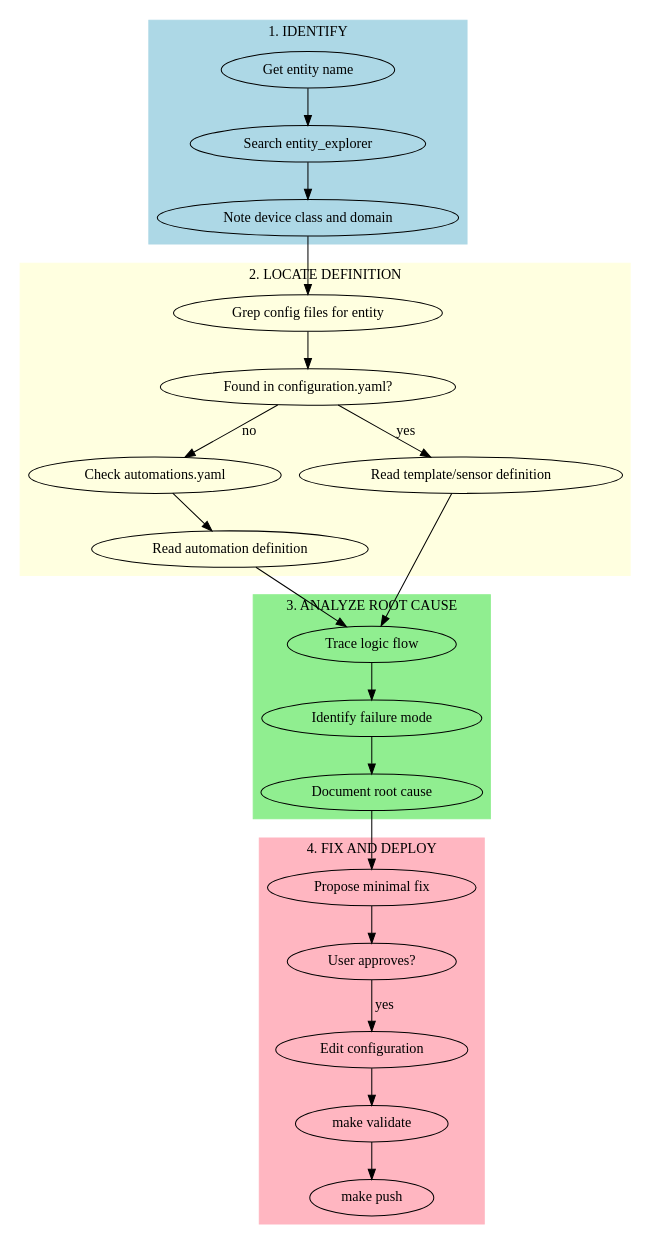
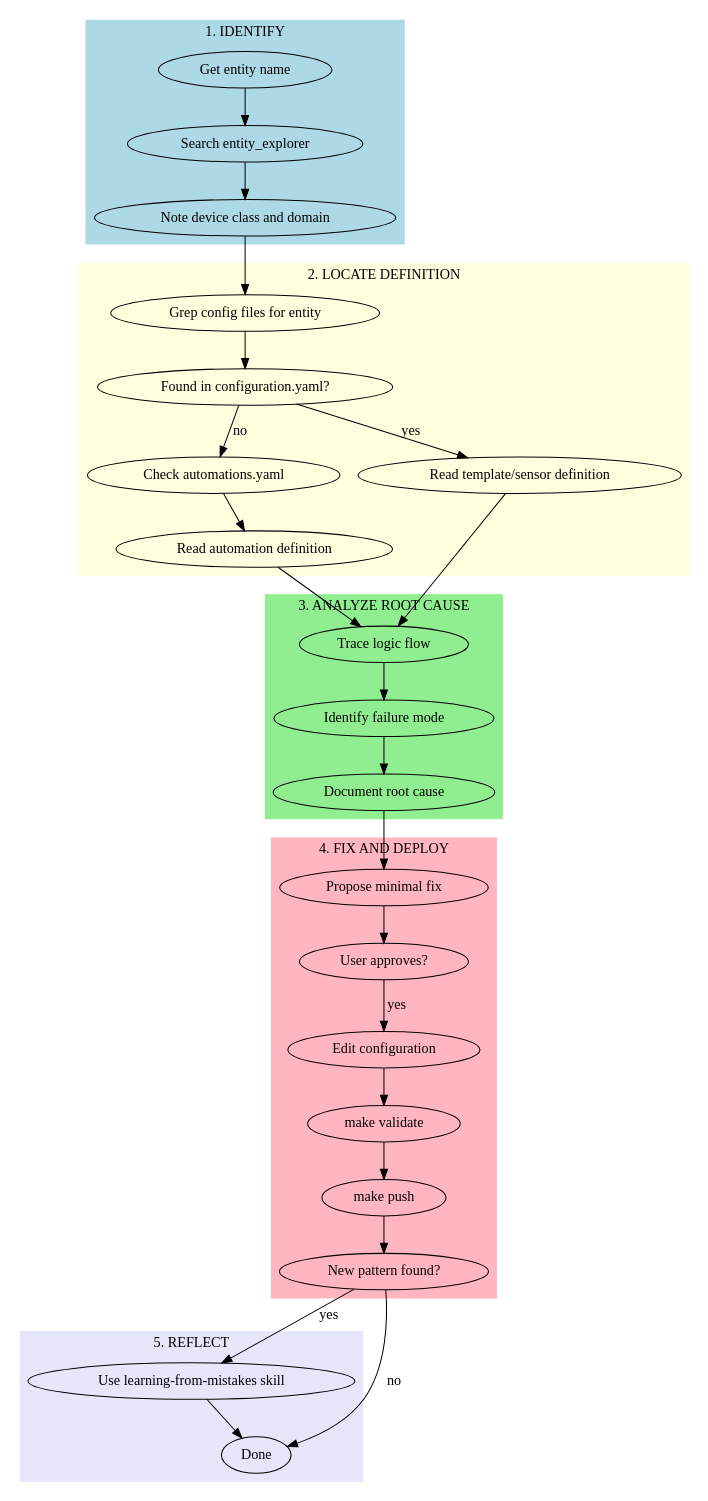
The diagram in .claude-code/plugins/home-assistant/skills/home-assistant-debugging/SKILL.md (stephenwong/ai-homeassistant), drawn with Graphviz before and after one commit. The commit also changed other lines of this file and 3 other files, not shown here.

````diff
--- a/.claude-code/plugins/home-assistant/skills/home-assistant-debugging/SKILL.md
+++ b/.claude-code/plugins/home-assistant/skills/home-assistant-debugging/SKILL.md
@@ -41,45 +38,55 @@
 ```dot
 digraph debug_flow {
     rankdir=TB;
 
     subgraph cluster_identify {
         label="1. IDENTIFY";
         style=filled;
         color=lightblue;
         "Get entity name" -> "Search entity_explorer";
         "Search entity_explorer" -> "Note device class and domain";
     }
 
     subgraph cluster_locate {
         label="2. LOCATE DEFINITION";
         style=filled;
         color=lightyellow;
         "Note device class and domain" -> "Grep config files for entity";
         "Grep config files for entity" -> "Found in configuration.yaml?" [shape=diamond];
         "Found in configuration.yaml?" -> "Read template/sensor definition" [label="yes"];
         "Found in configuration.yaml?" -> "Check automations.yaml" [label="no"];
         "Check automations.yaml" -> "Read automation definition";
     }
 
     subgraph cluster_analyze {
         label="3. ANALYZE ROOT CAUSE";
         style=filled;
         color=lightgreen;
         "Read template/sensor definition" -> "Trace logic flow";
         "Read automation definition" -> "Trace logic flow";
         "Trace logic flow" -> "Identify failure mode";
         "Identify failure mode" -> "Document root cause";
     }
 
     subgraph cluster_fix {
         label="4. FIX AND DEPLOY";
         style=filled;
         color=lightpink;
         "Document root cause" -> "Propose minimal fix";
         "Propose minimal fix" -> "User approves?";
         "User approves?" -> "Edit configuration" [label="yes"];
         "Edit configuration" -> "make validate";
         "make validate" -> "make push";
+        "make push" -> "New pattern found?";
+    }
+
+    subgraph cluster_reflect {
+        label="5. REFLECT";
+        style=filled;
+        color=lavender;
+        "New pattern found?" -> "Use learning-from-mistakes skill" [label="yes"];
+        "New pattern found?" -> "Done" [label="no"];
+        "Use learning-from-mistakes skill" -> "Done";
     }
 }
 ```
````
